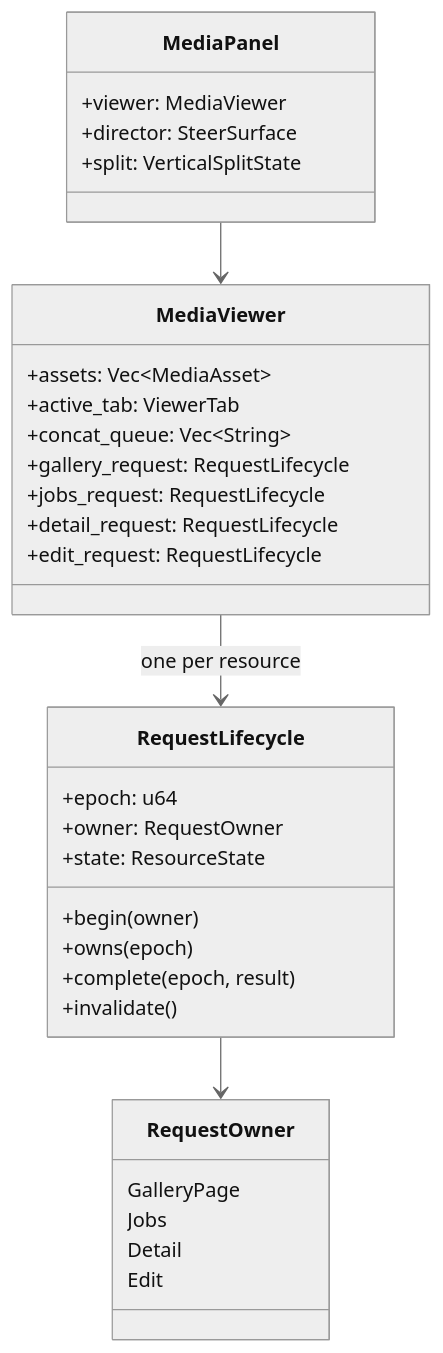
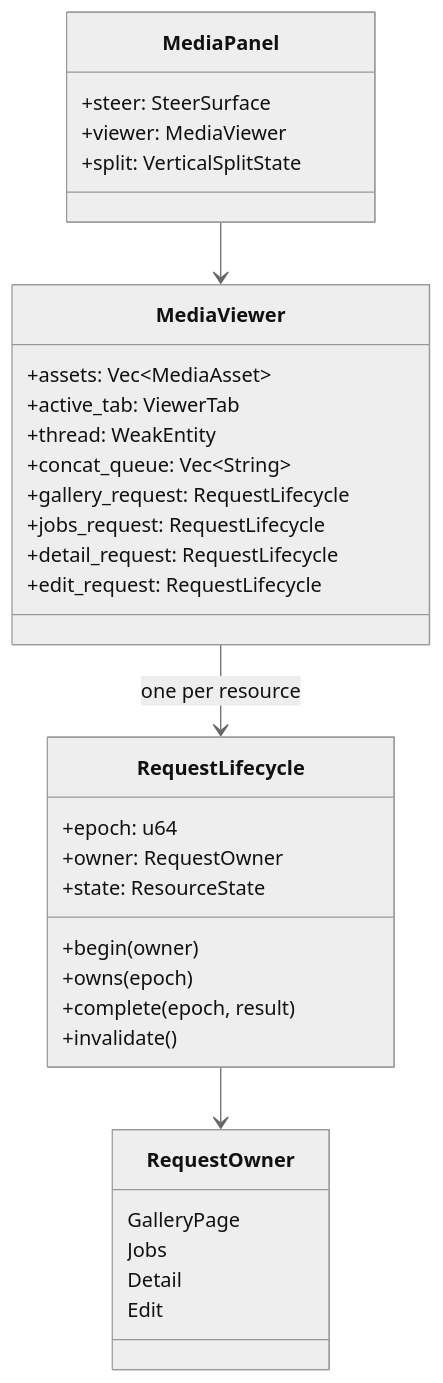
The first of 2 diagrams in kask/docs/diataxis/media_panel/reference.md (mdz-axo/zed-kask), drawn with Mermaid (neutral theme) before and after one commit. The commit also changed other lines of this file and 5 other files, not shown here.

````diff
--- a/kask/docs/diataxis/media_panel/reference.md
+++ b/kask/docs/diataxis/media_panel/reference.md
@@ -20,35 +22,36 @@
 ```mermaid
 classDiagram
     class MediaPanel {
+        +steer: SteerSurface
         +viewer: MediaViewer
-        +director: SteerSurface
         +split: VerticalSplitState
     }
     class MediaViewer {
         +assets: Vec~MediaAsset~
         +active_tab: ViewerTab
+        +thread: WeakEntity
         +concat_queue: Vec~String~
         +gallery_request: RequestLifecycle
         +jobs_request: RequestLifecycle
         +detail_request: RequestLifecycle
         +edit_request: RequestLifecycle
     }
     class RequestLifecycle {
         +epoch: u64
         +owner: RequestOwner
         +state: ResourceState
         +begin(owner)
         +owns(epoch)
         +complete(epoch, result)
         +invalidate()
     }
     class RequestOwner {
         GalleryPage
         Jobs
         Detail
         Edit
     }
     MediaPanel --> MediaViewer
     MediaViewer --> RequestLifecycle : one per resource
     RequestLifecycle --> RequestOwner
 ```
````
